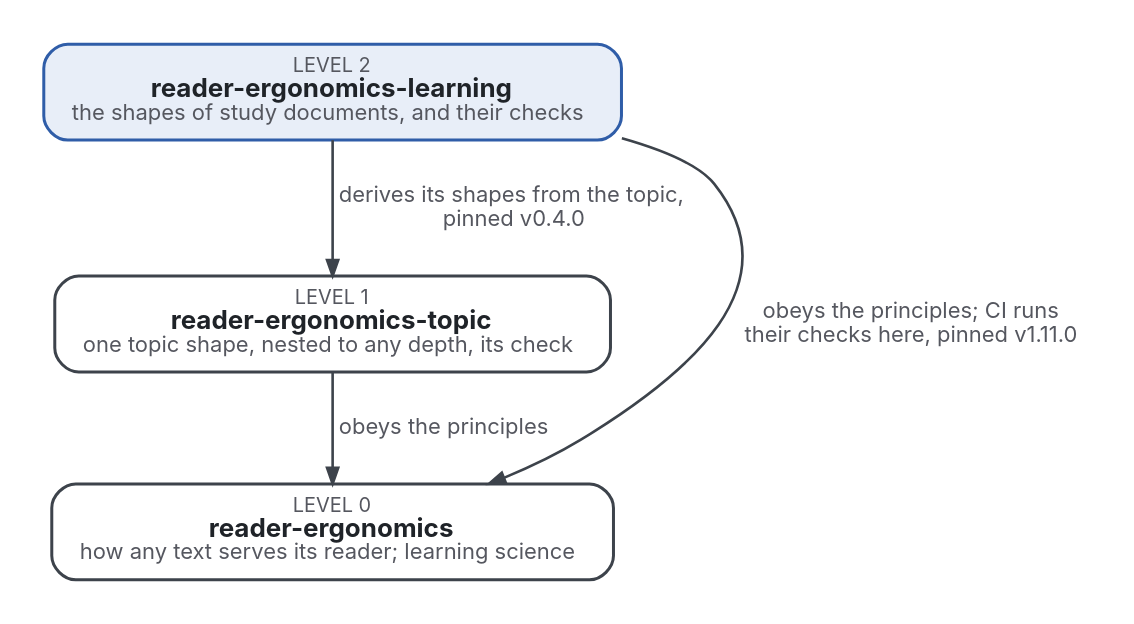
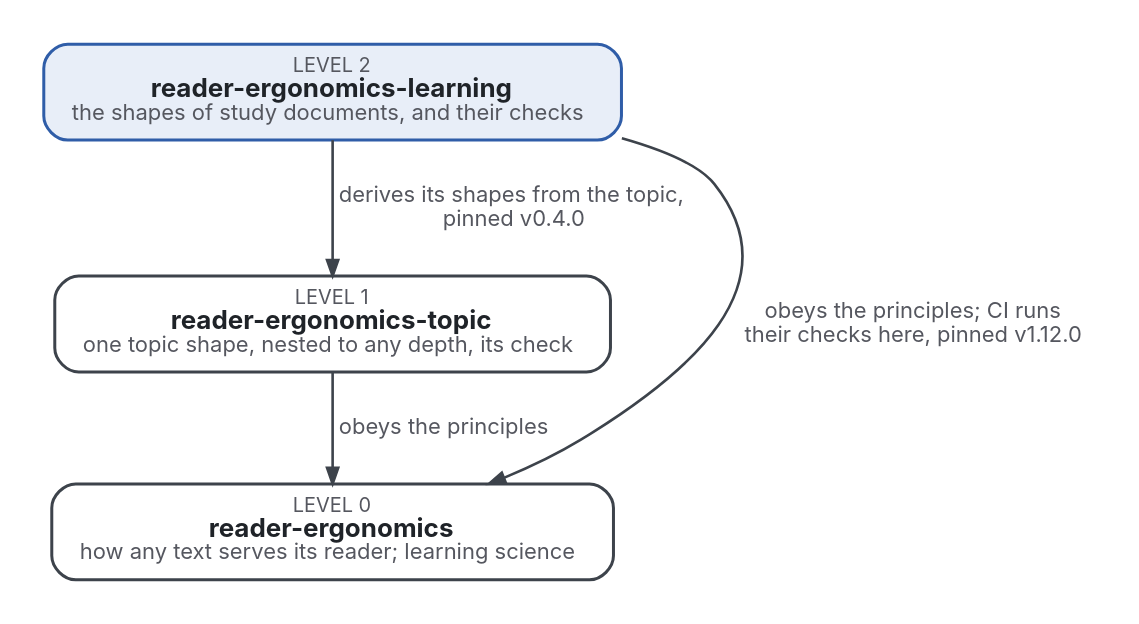
The diagram in where-it-sits.dot (Tewf/reader-ergonomics-learning), drawn with Graphviz before and after one commit. The commit also changed 30 other files, not shown here.

```diff
--- a/where-it-sits.dot
+++ b/where-it-sits.dot
@@ -1,11 +1,11 @@
 digraph levels {
   graph [rankdir=TB, nodesep=0.6, ranksep=0.6, bgcolor="white", pad=0.2, fontname="Inter"];
   node  [shape=box, style="rounded,filled", fontname="Inter", fontsize=13, margin="0.2,0.1", penwidth=1.5, fontcolor="#1F2328"];
   edge  [fontname="Inter", fontsize=11, color="#3D434B", fontcolor="#55575F", penwidth=1.3, arrowsize=0.8];
   L [label=<<font point-size="10" color="#55575F">LEVEL 2</font><br/><b>reader-ergonomics-learning</b><br/><font point-size="11" color="#55575F">the shapes of study documents, and their checks</font>>, fillcolor="#E8EEF8", color="#2F5DA8"];
   T [label=<<font point-size="10" color="#55575F">LEVEL 1</font><br/><b>reader-ergonomics-topic</b><br/><font point-size="11" color="#55575F">one topic shape, nested to any depth, its check</font>>, fillcolor="#FFFFFF", color="#3D434B"];
   R [label=<<font point-size="10" color="#55575F">LEVEL 0</font><br/><b>reader-ergonomics</b><br/><font point-size="11" color="#55575F">how any text serves its reader; learning science</font>>, fillcolor="#FFFFFF", color="#3D434B"];
   L -> T [label=<  derives its shapes from the topic,<br/>  pinned v0.4.0>];
   T -> R [label=<  obeys the principles>];
-  L -> R [label=<  obeys the principles; CI runs<br/>  their checks here, pinned v1.11.0>, constraint=false];
+  L -> R [label=<  obeys the principles; CI runs<br/>  their checks here, pinned v1.12.0>, constraint=false];
 }
```
